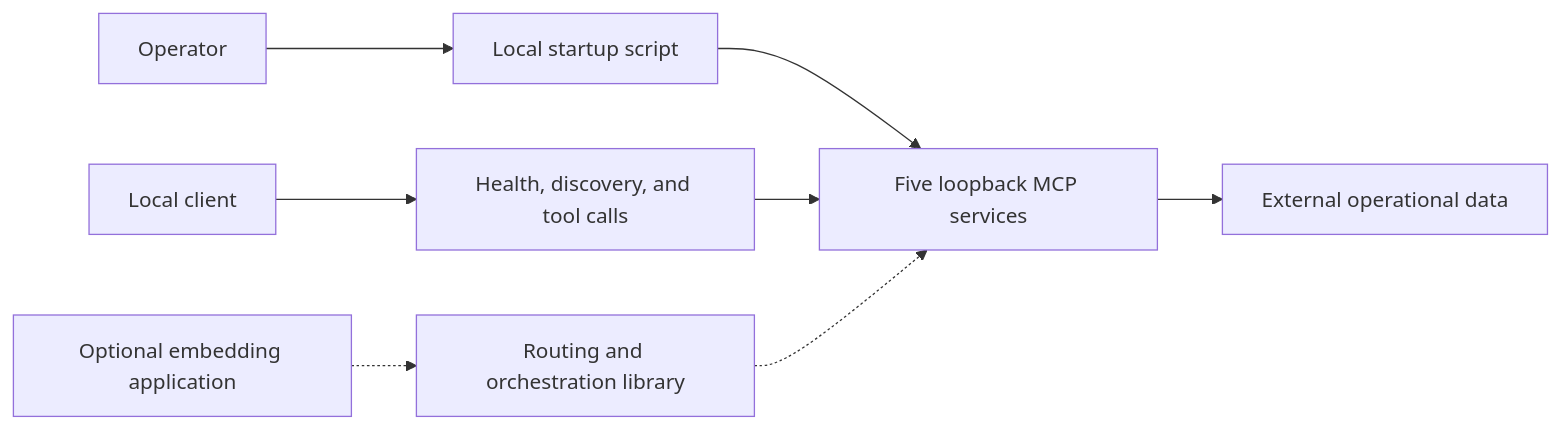
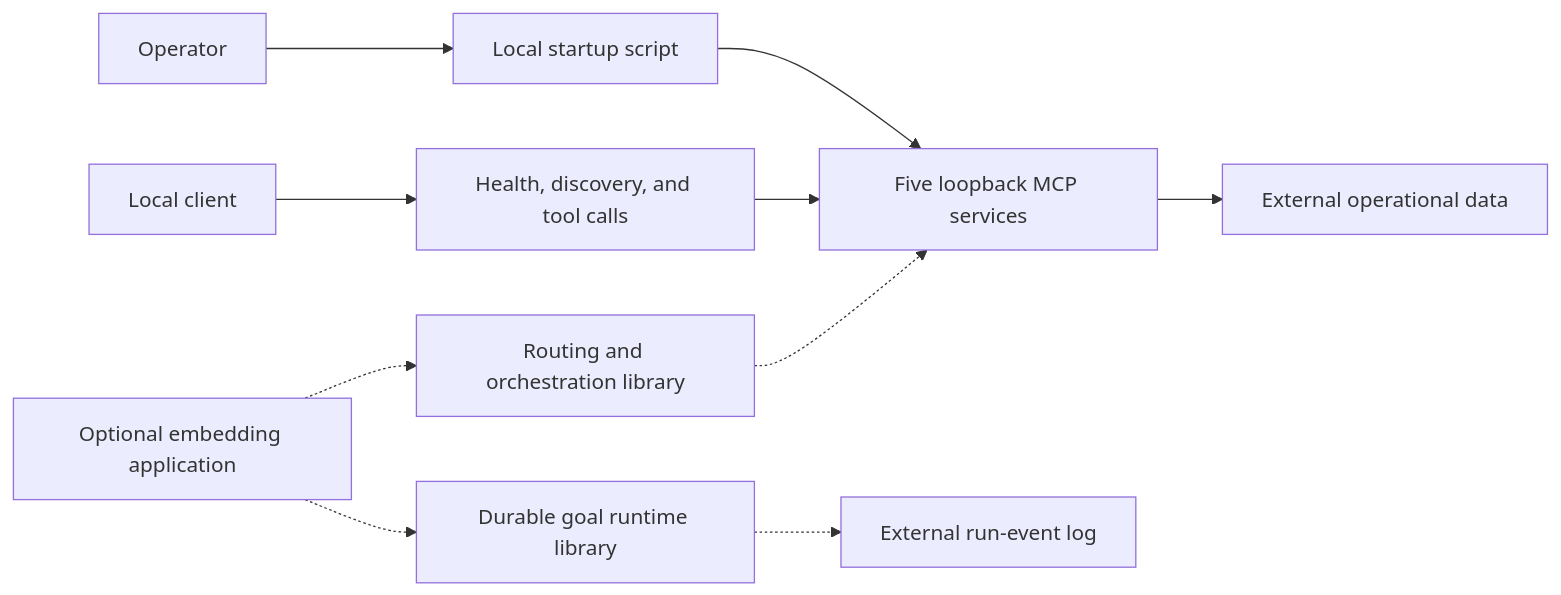
The diagram in README.md (nattawatpuntachot52/ovca-core), drawn with Mermaid before and after one commit. The commit also changed other lines of this file and 14 other files, not shown here.

````diff
--- a/README.md
+++ b/README.md
@@ -21,10 +22,12 @@
 ```mermaid
 flowchart LR
     Operator["Operator"] --> Startup["Local startup script"]
     Startup --> Services["Five loopback MCP services"]
     Client["Local client"] --> Tools["Health, discovery, and tool calls"]
     Tools --> Services
     Services --> Data["External operational data"]
     App["Optional embedding application"] -.-> Graph["Routing and orchestration library"]
+    App -.-> GoalRuntime["Durable goal runtime library"]
     Graph -.-> Services
+    GoalRuntime -.-> RunLog["External run-event log"]
 ```
````
